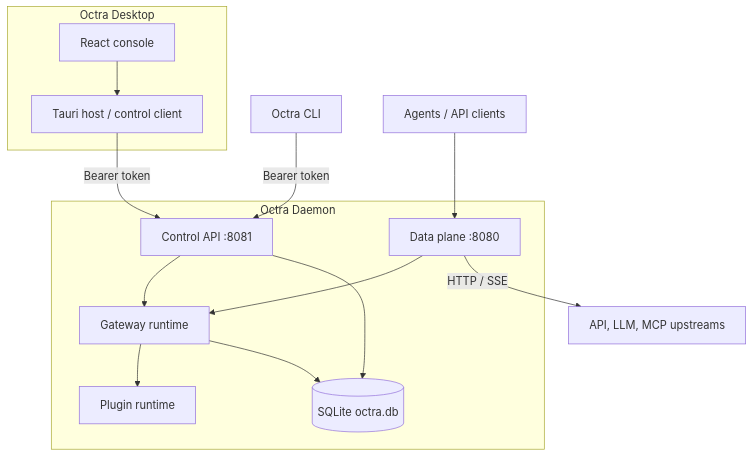
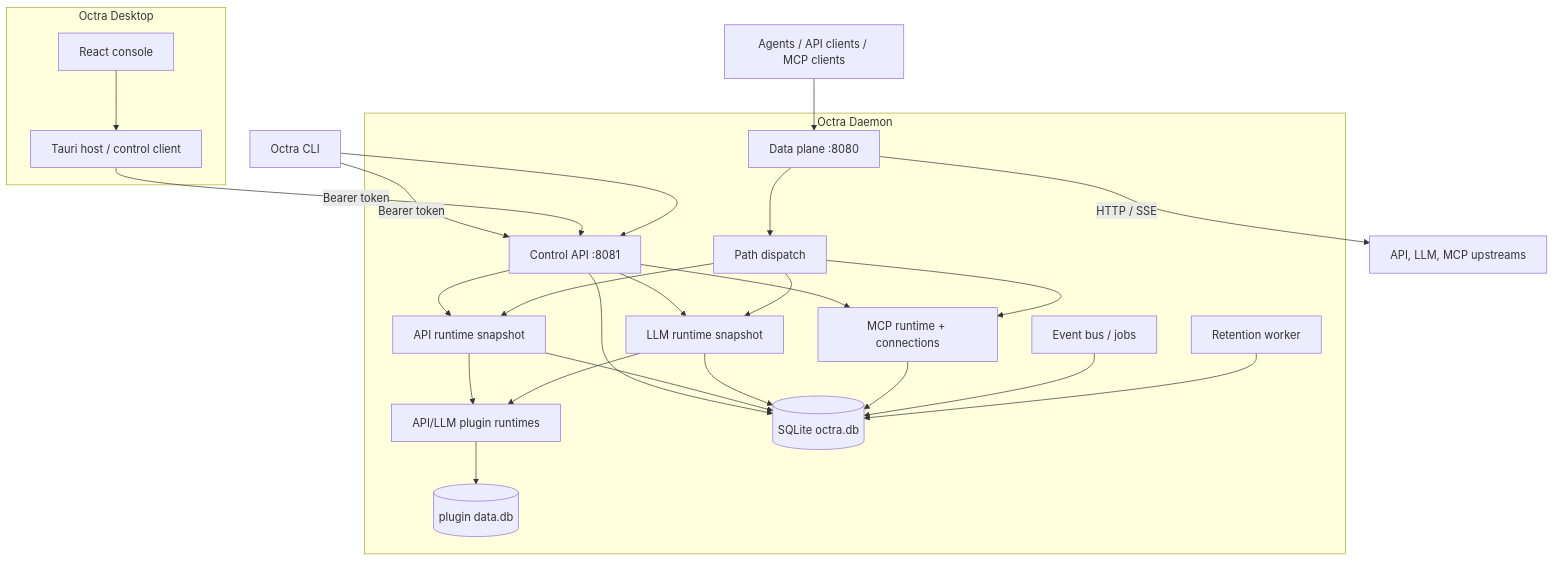
The diagram in .livingdocs/architecture/containers.md (luozhouyang/octra), drawn with Mermaid before and after one commit. The commit also changed other lines of this file and 32 other files, not shown here.

First line of the commit message:
docs: document the AI-native LLM control plane

````diff
--- a/.livingdocs/architecture/containers.md
+++ b/.livingdocs/architecture/containers.md
@@ -13,26 +13,46 @@
 ```mermaid
 flowchart TB
     subgraph Desktop[Octra Desktop]
         React[React console]
         Tauri[Tauri host / control client]
         React --> Tauri
     end
 
+    CLI[Octra CLI] -->|Bearer token| Control
+
     subgraph Daemon[Octra Daemon]
         Control[Control API :8081]
         Data[Data plane :8080]
-        Runtime[Gateway runtime]
-        Plugins[Plugin runtime]
+        Dispatch[Path dispatch]
+        APIRuntime[API runtime snapshot]
+        LLMRuntime[LLM runtime snapshot]
+        MCPRuntime[MCP runtime + connections]
+        Plugins[API/LLM plugin runtimes]
+        Events[Event bus / jobs]
+        Retention[Retention worker]
         Store[(SQLite octra.db)]
-        Control --> Runtime
+        PluginDB[(plugin data.db)]
+
         Control --> Store
-        Data --> Runtime
-        Runtime --> Plugins
-        Runtime --> Store
+        Control --> APIRuntime
+        Control --> LLMRuntime
+        Control --> MCPRuntime
+        Data --> Dispatch
+        Dispatch --> LLMRuntime
+        Dispatch --> MCPRuntime
+        Dispatch --> APIRuntime
+        APIRuntime --> Plugins
+        LLMRuntime --> Plugins
+        APIRuntime --> Store
+        LLMRuntime --> Store
+        MCPRuntime --> Store
+        Plugins --> PluginDB
+        Events --> Store
+        Retention --> Store
     end
 
     Tauri -->|Bearer token| Control
-    CLI[Octra CLI] -->|Bearer token| Control
-    Agents[Agents / API clients] --> Data
+    CLI --> Control
+    Agents[Agents / API clients / MCP clients] --> Data
     Data -->|HTTP / SSE| Upstreams[API, LLM, MCP upstreams]
 ```
````
